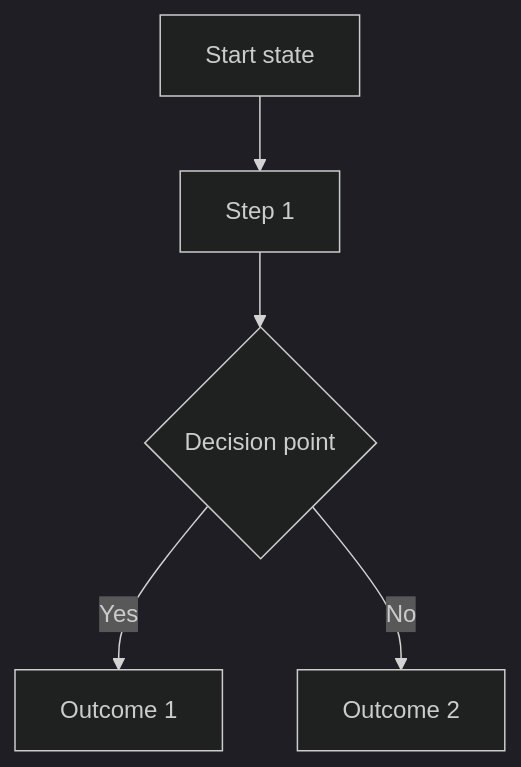
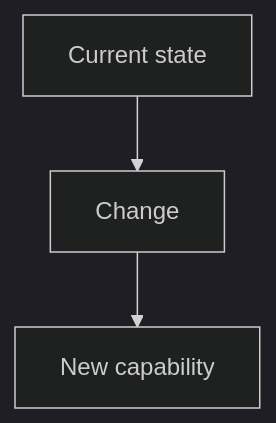
One commit to mrsthl/5 changed the diagram in src/templates/workflow/FEATURE-SPEC.md. Above: the diagram before and after it, drawn with Mermaid (dark theme). The commit also changed other lines of this file and 2 other files, not shown here.

````diff
--- a/src/templates/workflow/FEATURE-SPEC.md
+++ b/src/templates/workflow/FEATURE-SPEC.md
@@ -28,7 +22,5 @@
 ```mermaid
 flowchart TD
-    A[Start state] --> B[Step 1]
-    B --> C{Decision point}
-    C -->|Yes| D[Outcome 1]
-    C -->|No| E[Outcome 2]
+    A[Current state] --> B[Change]
+    B --> C[New capability]
 ```
````
